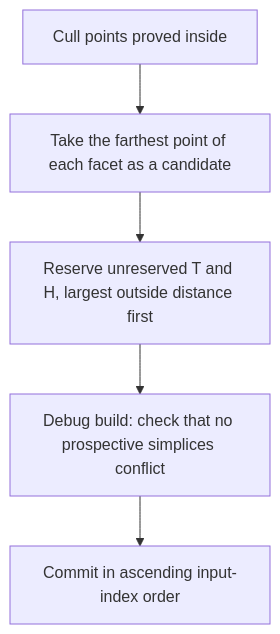
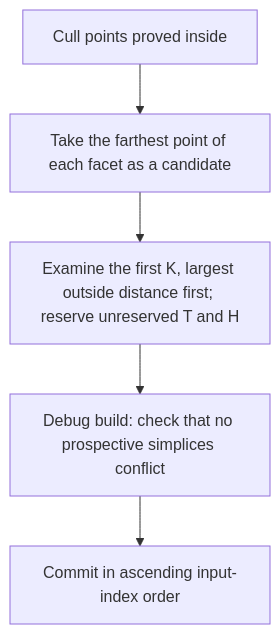
Before and after one commit to YUKIKEDA/convx: the second of 2 diagrams in docs/design.md, drawn with Mermaid. The commit also changed other lines of this file and 4 other files, not shown here.

First line of the commit message:
docs(design): examine only the first 64 candidates of each round (#161)

````diff
--- a/docs/design.md
+++ b/docs/design.md
@@ -216,9 +216,9 @@
 ```mermaid
 flowchart TD
     scan["Cull points proved inside"]
     pick["Take the farthest point of each facet as a candidate"]
-    reserve["Reserve unreserved T and H, largest outside distance first"]
+    reserve["Examine the first K, largest outside distance first; reserve unreserved T and H"]
     conflict["Debug build: check that no prospective simplices conflict"]
     commit["Commit in ascending input-index order"]
     scan --> pick --> reserve --> conflict --> commit
 ```
````
